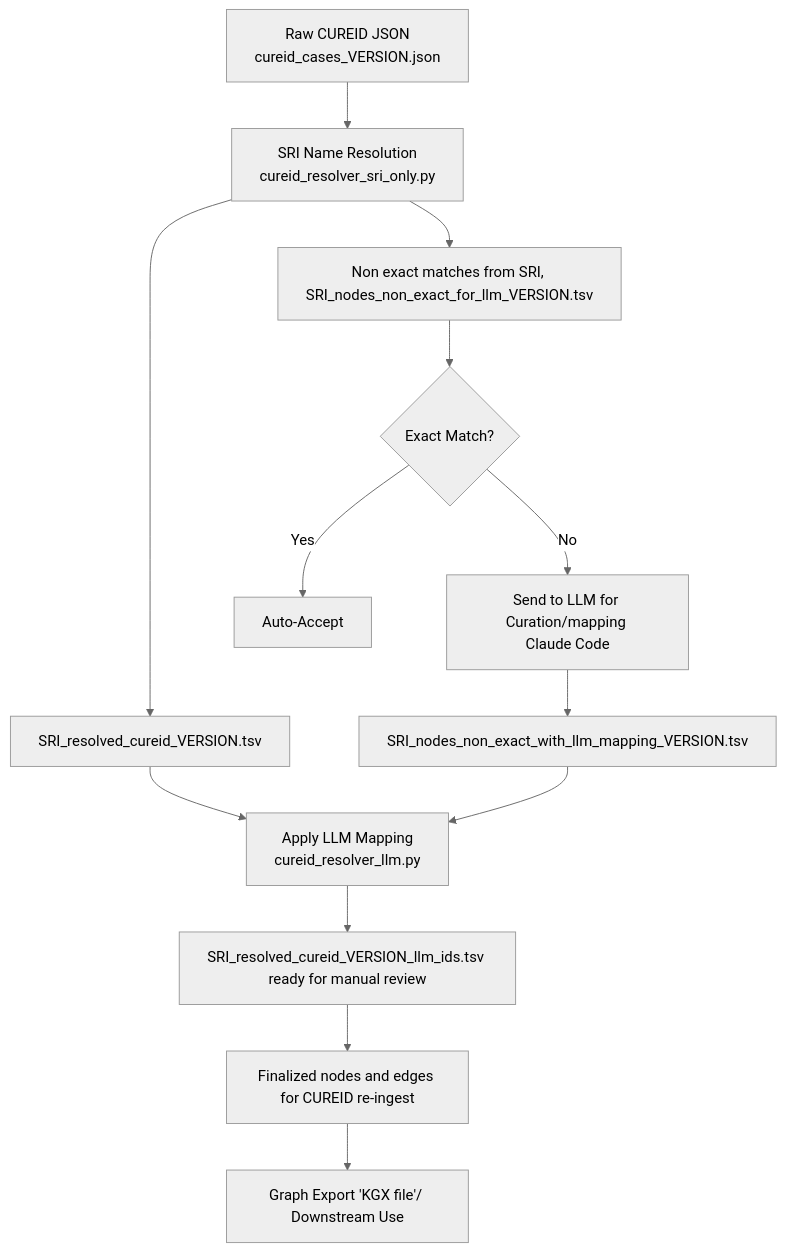
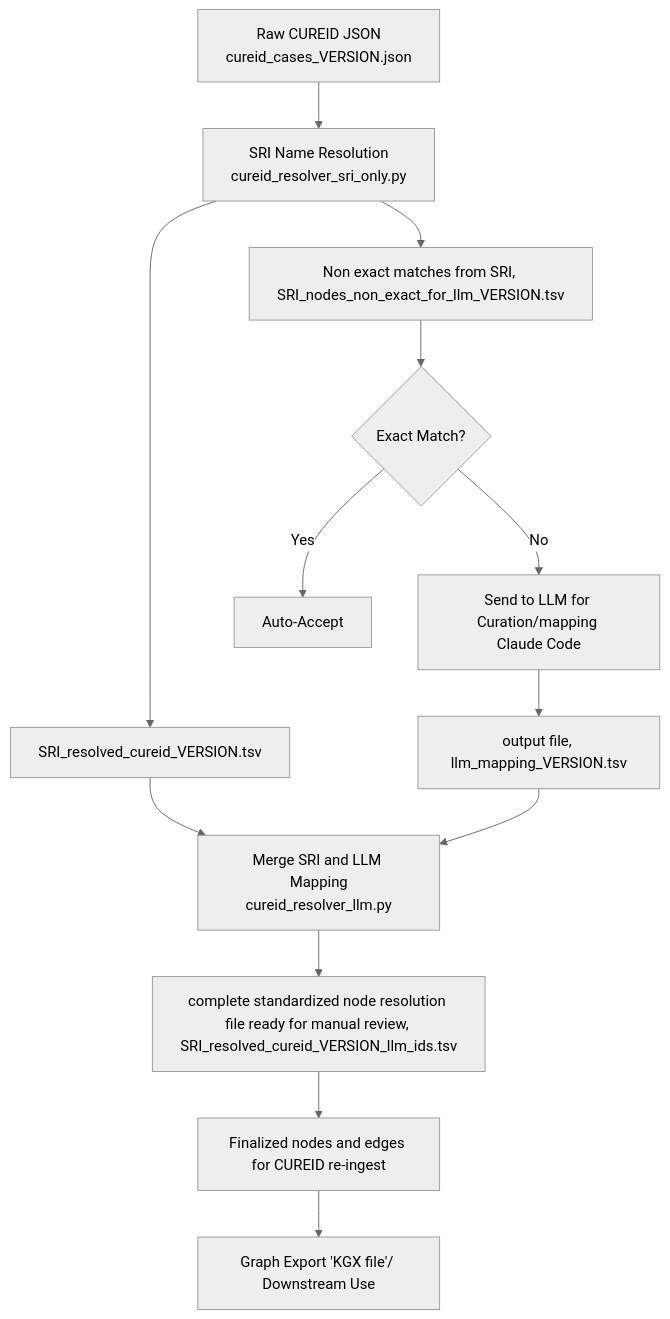
One commit to ncats/IFX_ODIN changed the diagram in entity_resolvers/src/code/ncatsdata/CUREID/PIPELINE_VISUAL.md. Above: the diagram before and after it, drawn with Mermaid (neutral theme).

Commit message:
Update output file names in PIPELINE_VISUAL.md

````diff
--- a/entity_resolvers/src/code/ncatsdata/CUREID/PIPELINE_VISUAL.md
+++ b/entity_resolvers/src/code/ncatsdata/CUREID/PIPELINE_VISUAL.md
@@ -5,21 +5,21 @@
 ```mermaid
 flowchart TD
     A[Raw CUREID JSON<br/>cureid_cases_VERSION.json] --> B
 
     B[SRI Name Resolution<br/>cureid_resolver_sri_only.py] --> C1[SRI_resolved_cureid_VERSION.tsv]
     B --> C2[Non exact matches from SRI, SRI_nodes_non_exact_for_llm_VERSION.tsv]
 
     C2 --> D{Exact Match?}
     D -->|Yes| E1[Auto-Accept]
     D -->|No| E2[Send to LLM for Curation/mapping <br/>Claude Code]
 
-    E2 --> F[SRI_nodes_non_exact_with_llm_mapping_VERSION.tsv]
+    E2 --> F[output file, llm_mapping_VERSION.tsv]
 
     C1 --> G
     F --> G
 
-    G[Apply LLM Mapping<br/>cureid_resolver_llm.py] --> H[SRI_resolved_cureid_VERSION_llm_ids.tsv ready for manual review]
+    G[Merge SRI and LLM Mapping<br/>cureid_resolver_llm.py] --> H[complete standardized node resolution file ready for manual review, SRI_resolved_cureid_VERSION_llm_ids.tsv ]
 
     H --> I[Finalized nodes and edges for CUREID re-ingest]
     I --> J[Graph Export 'KGX file'/ Downstream Use]
 ```
````
